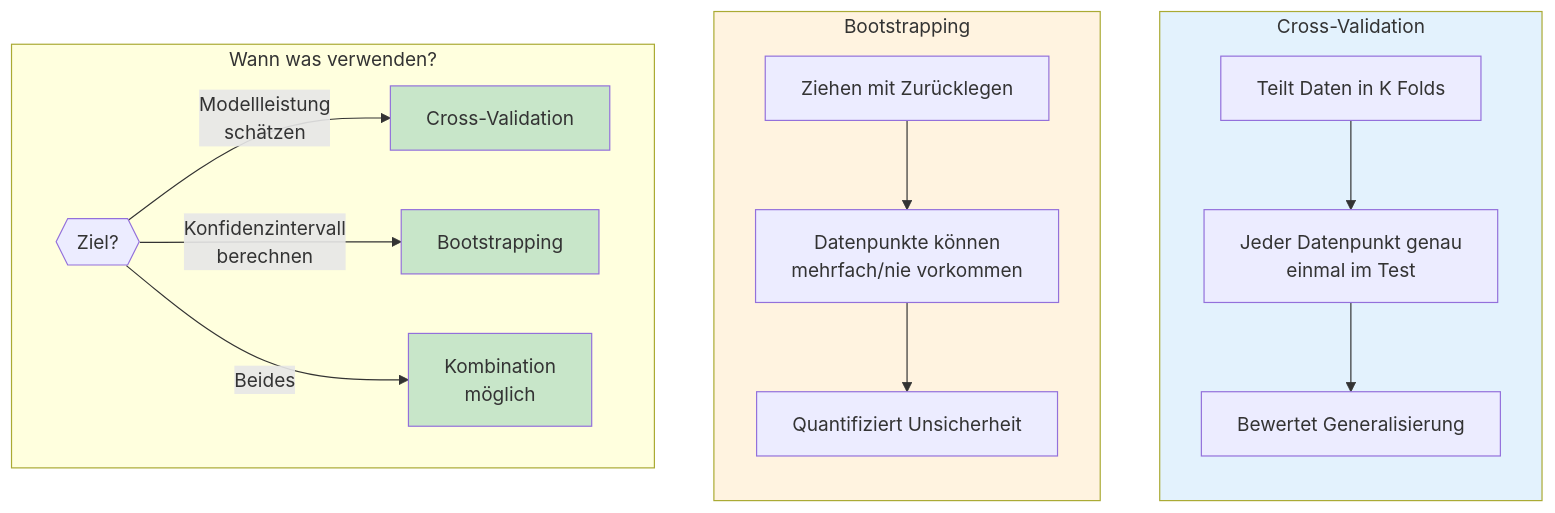
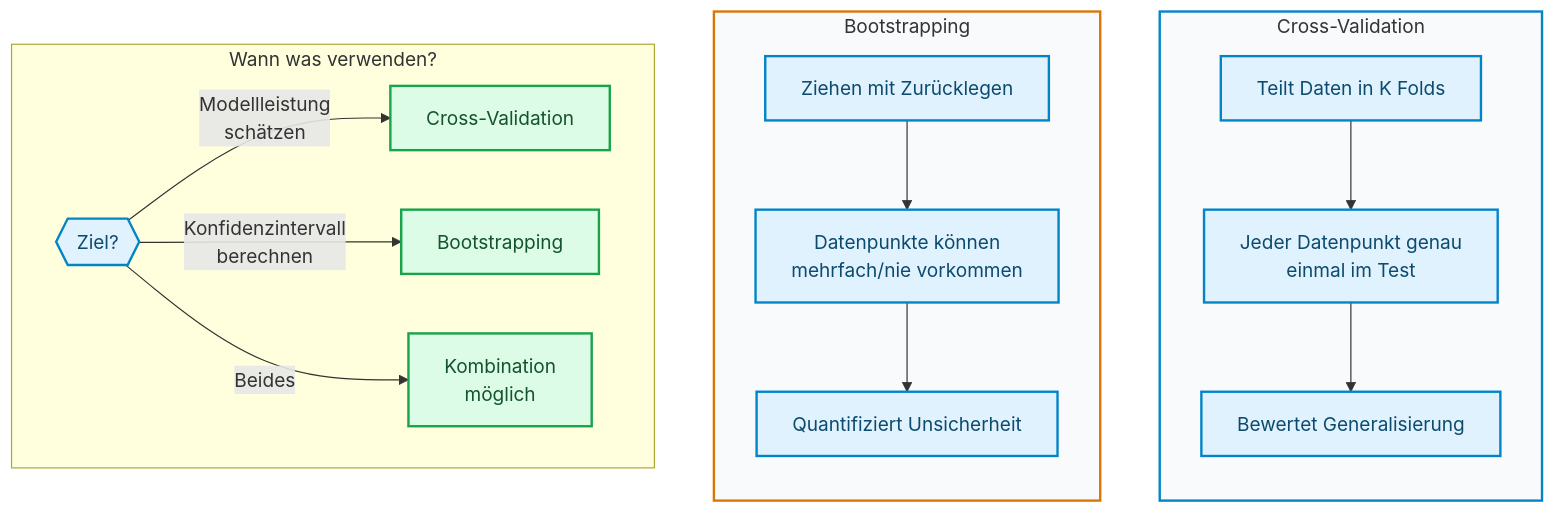
One commit to ralf-42/ML_Intro changed the fourth of 7 diagrams in docs/concepts/evaluate/bootstrapping.md. Above: the diagram before and after it, drawn with Mermaid. The commit also changed other lines of this file and 67 other files, not shown here.

````diff
--- a/docs/concepts/evaluate/bootstrapping.md
+++ b/docs/concepts/evaluate/bootstrapping.md
@@ -346,31 +345,31 @@
 ```mermaid
 flowchart TB
     subgraph cv["Cross-Validation"]
         direction TB
         CV1["Teilt Daten in K Folds"]
         CV2["Jeder Datenpunkt genau<br/>einmal im Test"]
         CV3["Bewertet Generalisierung"]
         CV1 --> CV2 --> CV3
     end
 
     subgraph boot["Bootstrapping"]
         direction TB
         B1["Ziehen mit Zurücklegen"]
         B2["Datenpunkte können<br/>mehrfach/nie vorkommen"]
         B3["Quantifiziert Unsicherheit"]
         B1 --> B2 --> B3
     end
 
     subgraph compare["Wann was verwenden?"]
         Q1{{"Ziel?"}}
         Q1 --> |"Modellleistung<br/>schätzen"| A1["Cross-Validation"]
         Q1 --> |"Konfidenzintervall<br/>berechnen"| A2["Bootstrapping"]
         Q1 --> |"Beides"| A3["Kombination<br/>möglich"]
     end
 
-    style cv fill:#e3f2fd
-    style boot fill:#fff3e0
-    style A1 fill:#c8e6c9
-    style A2 fill:#c8e6c9
-    style A3 fill:#c8e6c9
+    classDef default fill:#e0f2fe,stroke:#0284c7,stroke-width:2px,color:#0c4a6e;
+    classDef output fill:#dcfce7,stroke:#16a34a,stroke-width:2px,color:#14532d;
+    class A1,A2,A3 output;
+    style cv fill:#f8fafc,stroke:#0284c7,stroke-width:2px
+    style boot fill:#f8fafc,stroke:#d97706,stroke-width:2px
 ```
````
